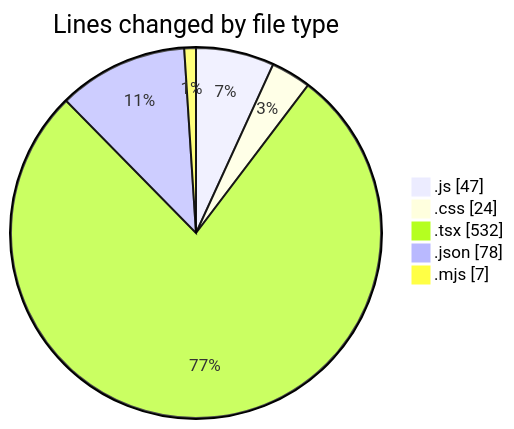
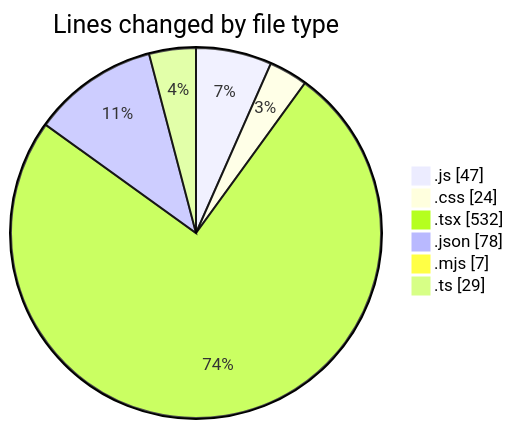
The first of 2 diagrams in 2025-06-19/scopecraft/README.md (Ritupan-Deka/code-tracking), drawn with Mermaid before and after one commit. The commit also changed other lines of this file and 1 other file, not shown here.

````diff
--- a/2025-06-19/scopecraft/README.md
+++ b/2025-06-19/scopecraft/README.md
@@ -35,9 +36,10 @@
 ```mermaid
 pie showData
 title Lines changed by file type
 ".js" : 47
 ".css" : 24
 ".tsx" : 532
 ".json" : 78
 ".mjs" : 7
+".ts" : 29
 ```
````
